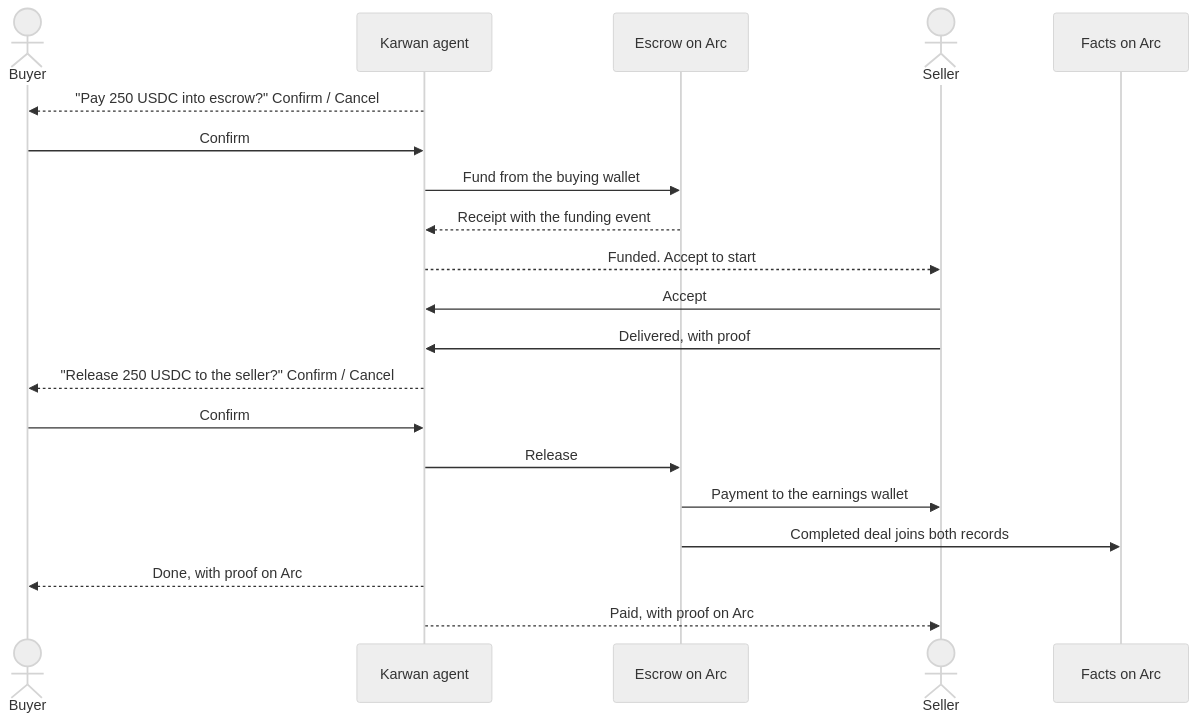
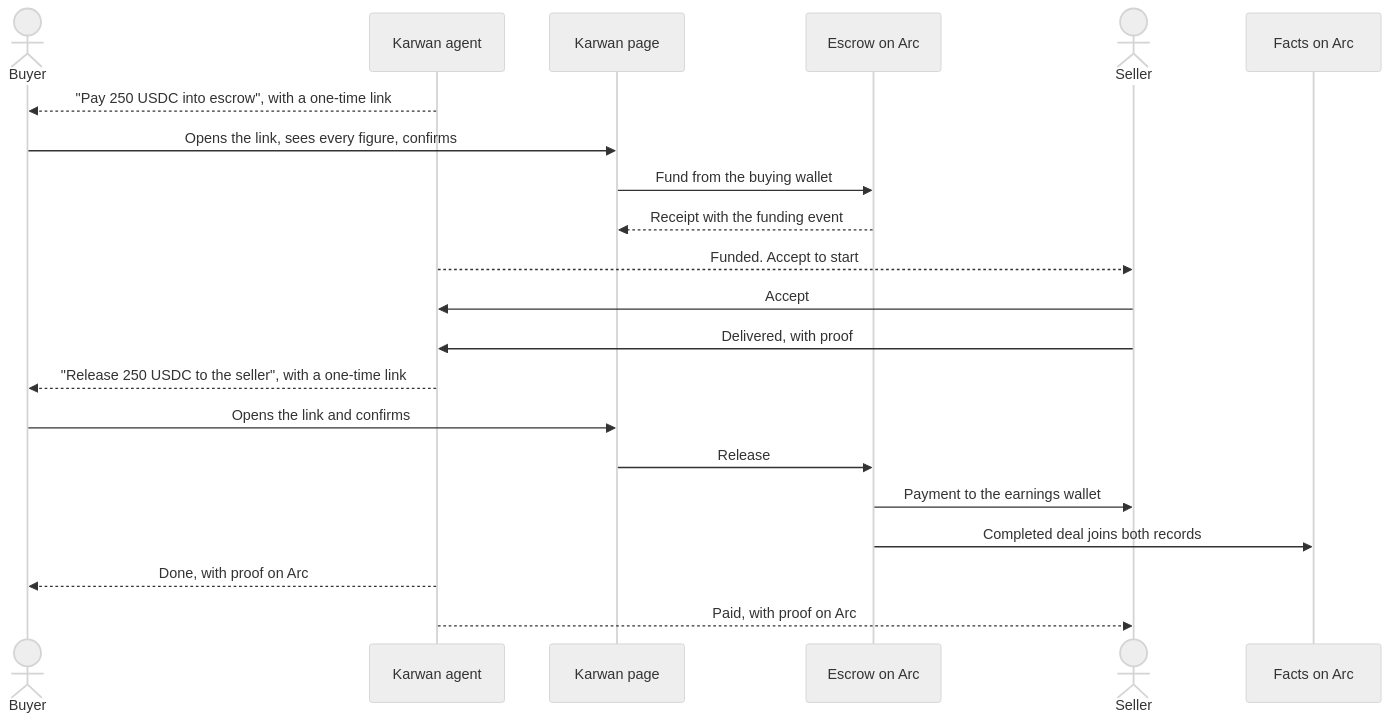
The fourth of 6 diagrams in docs/architecture/10-verified-network.md (Iziedking/Karwan), drawn with Mermaid (neutral theme) before and after one commit. The commit also changed other lines of this file and 8 other files, not shown here.

````diff
--- a/docs/architecture/10-verified-network.md
+++ b/docs/architecture/10-verified-network.md
@@ -114,23 +114,24 @@
 ```mermaid
 sequenceDiagram
   actor B as Buyer
   participant K as Karwan agent
+  participant W as Karwan page
   participant E as Escrow on Arc
   actor S as Seller
   participant F as Facts on Arc
 
-  K-->>B: "Pay 250 USDC into escrow?" Confirm / Cancel
-  B->>K: Confirm
-  K->>E: Fund from the buying wallet
-  E-->>K: Receipt with the funding event
+  K-->>B: "Pay 250 USDC into escrow", with a one-time link
+  B->>W: Opens the link, sees every figure, confirms
+  W->>E: Fund from the buying wallet
+  E-->>W: Receipt with the funding event
   K-->>S: Funded. Accept to start
   S->>K: Accept
   S->>K: Delivered, with proof
-  K-->>B: "Release 250 USDC to the seller?" Confirm / Cancel
-  B->>K: Confirm
-  K->>E: Release
+  K-->>B: "Release 250 USDC to the seller", with a one-time link
+  B->>W: Opens the link and confirms
+  W->>E: Release
   E->>S: Payment to the earnings wallet
   E->>F: Completed deal joins both records
   K-->>B: Done, with proof on Arc
   K-->>S: Paid, with proof on Arc
 ```
````
